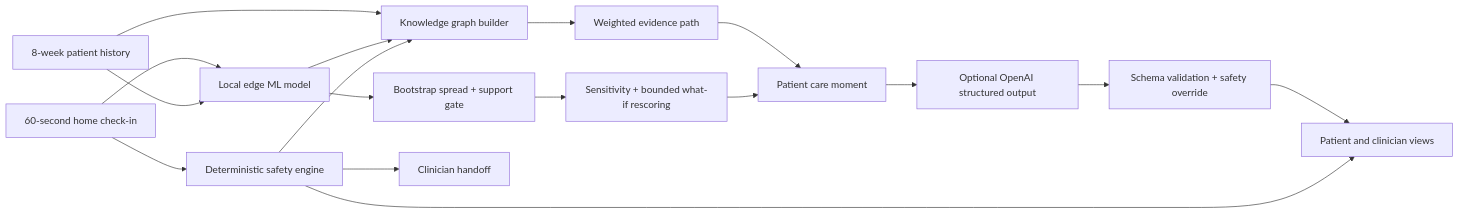
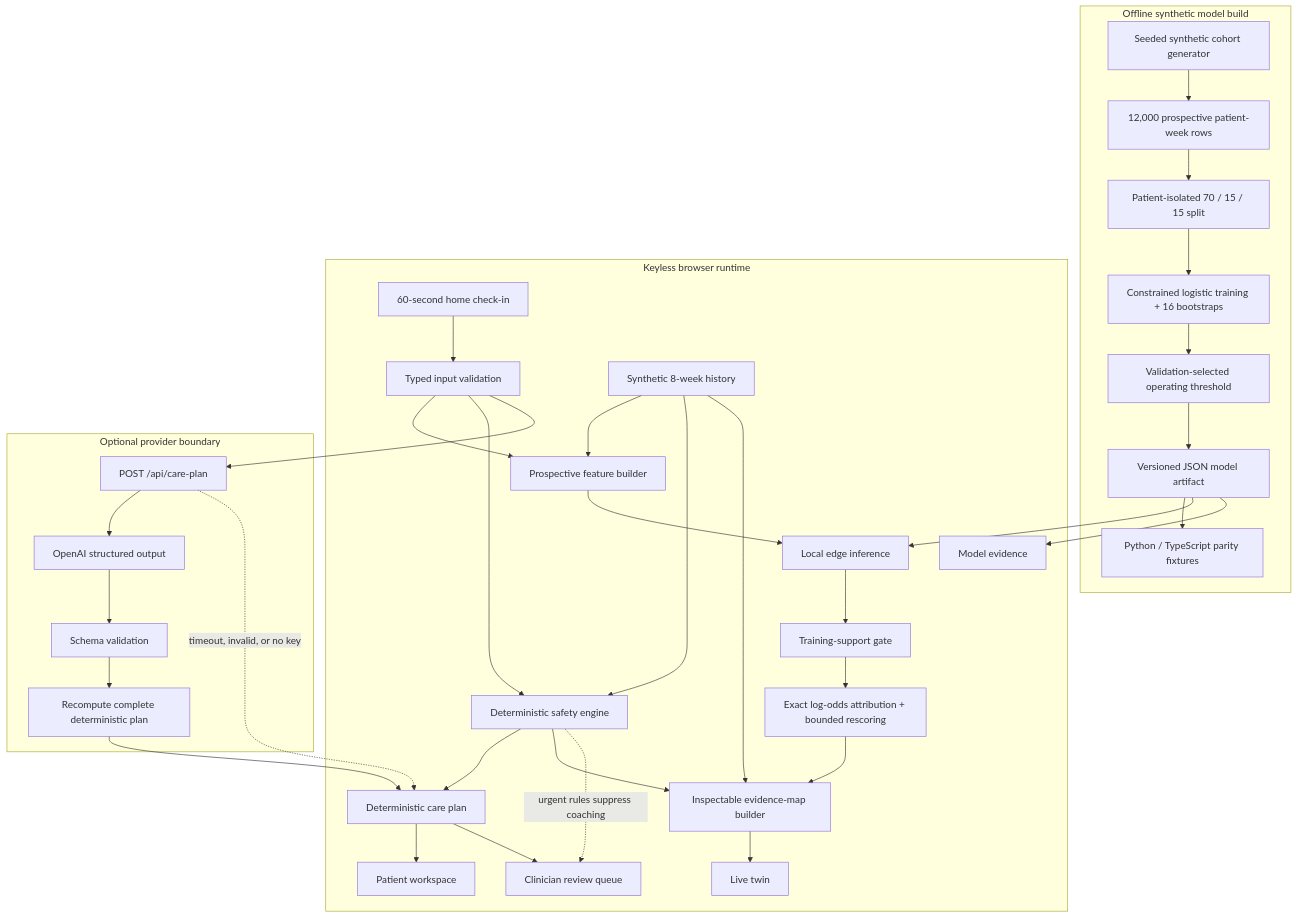
The first of 2 diagrams in docs/architecture.md (kevinmeix1/adherence-os), drawn with Mermaid before and after one commit. The commit also changed other lines of this file and 36 other files, not shown here.

Commit message:
Ship commercial decision flow and release assets

````diff
--- a/docs/architecture.md
+++ b/docs/architecture.md
@@ -5,19 +7,44 @@
 ```mermaid
-flowchart LR
-    A["60-second home check-in"] --> B["Deterministic safety engine"]
-    A --> C["Local edge ML model"]
-    H["8-week patient history"] --> C
-    H --> D["Knowledge graph builder"]
-    C --> D
-    B --> D
-    D --> E["Weighted evidence path"]
-    C --> F["Bootstrap spread + support gate"]
-    F --> M["Sensitivity + bounded what-if rescoring"]
-    E --> G["Patient care moment"]
-    M --> G
-    B --> I["Clinician handoff"]
-    G --> J["Optional OpenAI structured output"]
-    J --> K["Schema validation + safety override"]
-    K --> L["Patient and clinician views"]
-    B --> L
+flowchart TB
+    subgraph Build["Offline synthetic model build"]
+        Seed["Seeded synthetic cohort generator"] --> Cohort["12,000 prospective patient-week rows"]
+        Cohort --> Split["Patient-isolated 70 / 15 / 15 split"]
+        Split --> Train["Constrained logistic training + 16 bootstraps"]
+        Train --> Select["Validation-selected operating threshold"]
+        Select --> Artifact["Versioned JSON model artifact"]
+        Artifact --> Parity["Python / TypeScript parity fixtures"]
+    end
+
+    subgraph Runtime["Keyless browser runtime"]
+        CheckIn["60-second home check-in"] --> Validate["Typed input validation"]
+        History["Synthetic 8-week history"] --> Features["Prospective feature builder"]
+        Validate --> Features
+        Features --> Model["Local edge inference"]
+        Artifact --> Model
+        Model --> Support["Training-support gate"]
+        Support --> Explain["Exact log-odds attribution + bounded rescoring"]
+
+        Validate --> Safety["Deterministic safety engine"]
+        History --> Safety
+        Safety --> Plan["Deterministic care plan"]
+
+        Explain --> Graph["Inspectable evidence-map builder"]
+        Safety --> Graph
+        History --> Graph
+        Graph --> Live["Live twin"]
+        Plan --> Patient["Patient workspace"]
+        Plan --> Queue["Clinician review queue"]
+        Artifact --> Lab["Model evidence"]
+    end
+
+    subgraph Optional["Optional provider boundary"]
+        API["POST /api/care-plan"] --> LLM["OpenAI structured output"]
+        LLM --> Schema["Schema validation"]
+        Schema --> Recompute["Recompute complete deterministic plan"]
+    end
+
+    Validate --> API
+    Recompute --> Plan
+    API -. "timeout, invalid, or no key" .-> Plan
+    Safety -. "urgent rules suppress coaching" .-> Queue
 ```
````
